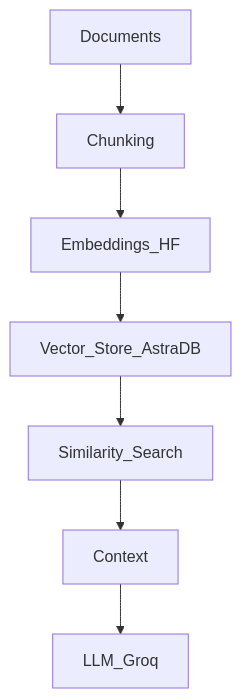
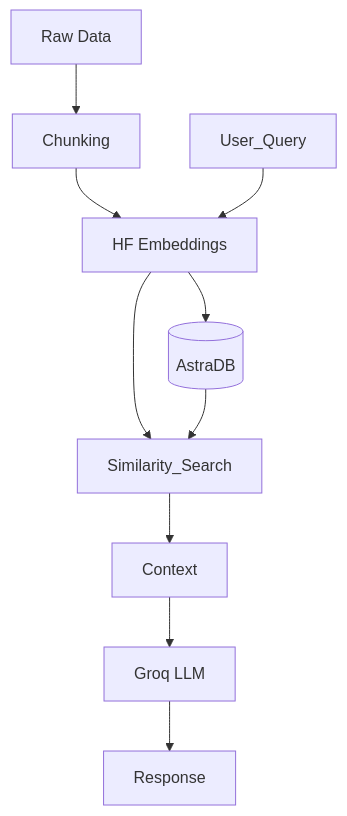
Before and after one commit to regabbb22/Flipkart-Product-Recommender-RAG: the diagram in README.md, drawn with Mermaid. The commit also changed other lines of this file, not shown here.

````diff
--- a/README.md
+++ b/README.md
@@ -76,9 +116,12 @@
 ```mermaid
 graph TD;
-    Documents-->Chunking;
-    Chunking-->Embeddings_HF;
-    Embeddings_HF-->Vector_Store_AstraDB;
-    Vector_Store_AstraDB-->Similarity_Search;
-    Similarity_Search-->Context;
-    Context-->LLM_Groq;
+    Documents[Raw Data] --> Chunking;
+    Chunking --> Embeddings_HF[HF Embeddings];
+    Embeddings_HF --> Vector_Store_AstraDB[(AstraDB)];
+    User_Query --> Embeddings_HF;
+    Embeddings_HF --> Similarity_Search;
+    Vector_Store_AstraDB --> Similarity_Search;
+    Similarity_Search --> Context;
+    Context --> LLM_Groq[Groq LLM];
+    LLM_Groq --> Response;
 ```
````
